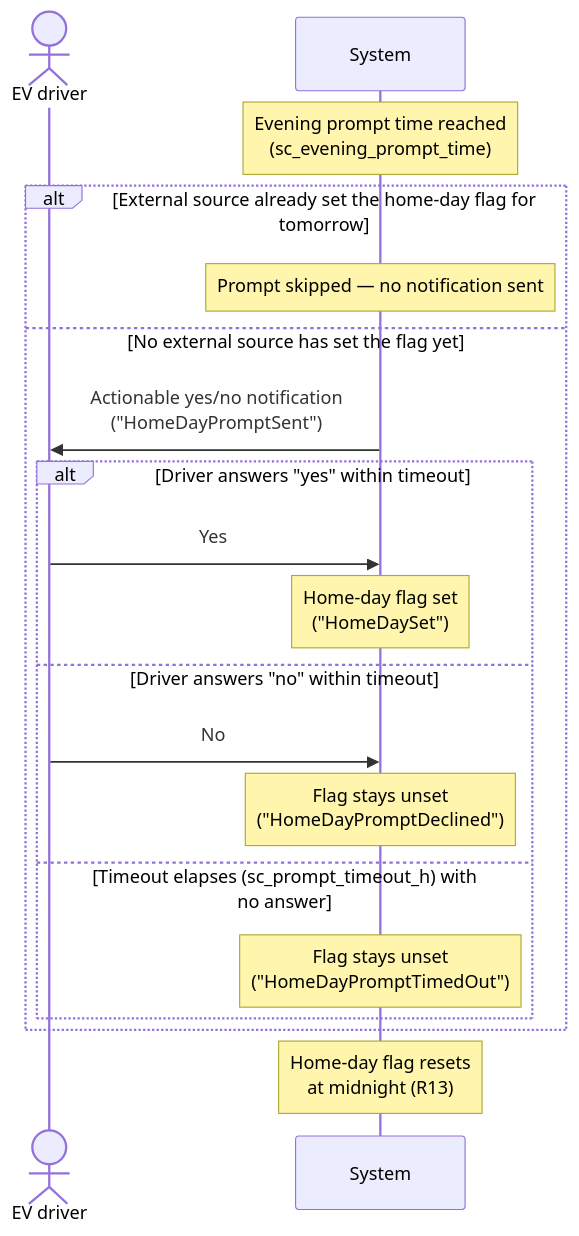
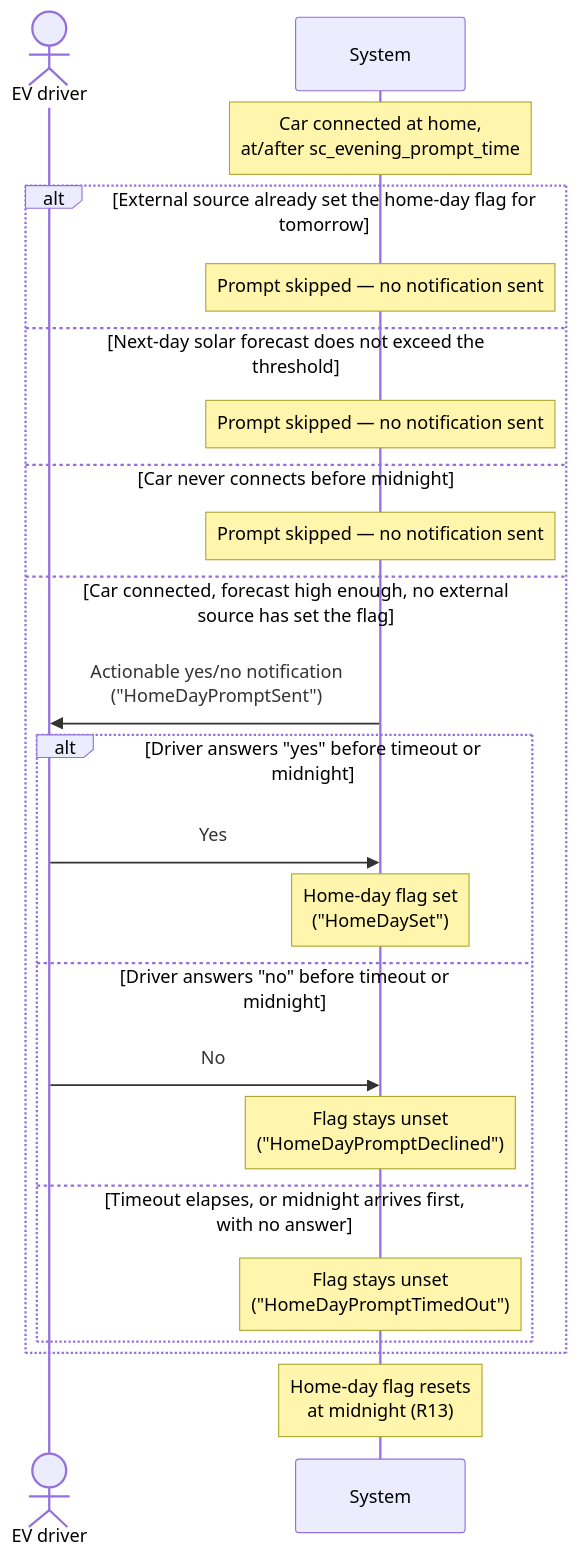
Before and after one commit to kristofdegrave/homeassistant-smart-charging: the diagram in docs/analysis/use-cases/UC08-plan-tomorrow-home-day.md, drawn with Mermaid. The commit also changed other lines of this file and 1 other file, not shown here.

First line of the commit message:
docs: address PR review comments on UC08 (forecast/connection gating, midnight-capped timeout)

````diff
--- a/docs/analysis/use-cases/UC08-plan-tomorrow-home-day.md
+++ b/docs/analysis/use-cases/UC08-plan-tomorrow-home-day.md
@@ -75,21 +86,25 @@
 ```mermaid
 sequenceDiagram
     actor Driver as EV driver
     participant System
-    Note over System: Evening prompt time reached<br/>(sc_evening_prompt_time)
+    Note over System: Car connected at home,<br/>at/after sc_evening_prompt_time
     alt External source already set the home-day flag for tomorrow
         Note over System: Prompt skipped — no notification sent
-    else No external source has set the flag yet
+    else Next-day solar forecast does not exceed the threshold
+        Note over System: Prompt skipped — no notification sent
+    else Car never connects before midnight
+        Note over System: Prompt skipped — no notification sent
+    else Car connected, forecast high enough, no external source has set the flag
         System->>Driver: Actionable yes/no notification<br/>("HomeDayPromptSent")
-        alt Driver answers "yes" within timeout
+        alt Driver answers "yes" before timeout or midnight
             Driver->>System: Yes
             Note over System: Home-day flag set<br/>("HomeDaySet")
-        else Driver answers "no" within timeout
+        else Driver answers "no" before timeout or midnight
             Driver->>System: No
             Note over System: Flag stays unset<br/>("HomeDayPromptDeclined")
-        else Timeout elapses (sc_prompt_timeout_h) with no answer
+        else Timeout elapses, or midnight arrives first, with no answer
             Note over System: Flag stays unset<br/>("HomeDayPromptTimedOut")
         end
     end
     Note over System: Home-day flag resets<br/>at midnight (R13)
 ```
````
